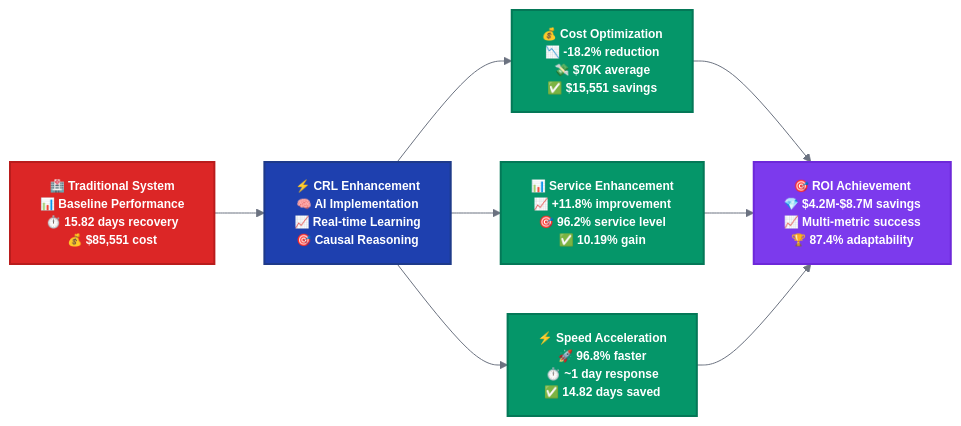
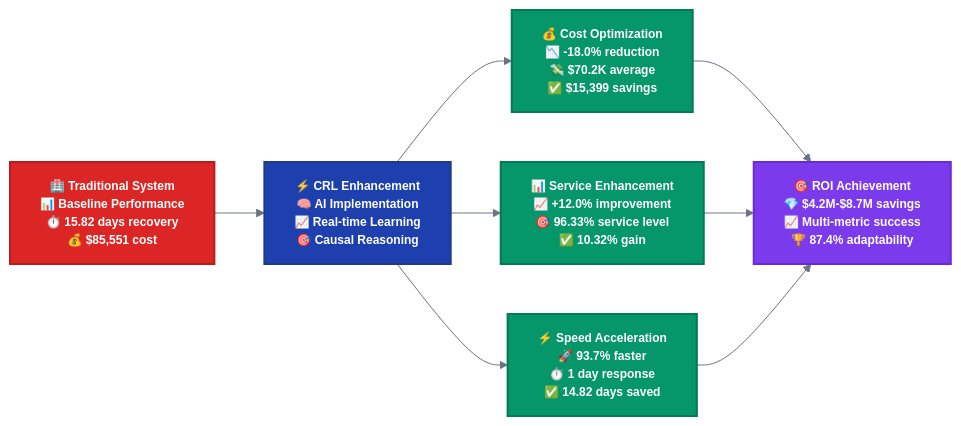
Before and after one commit to abhijit-ubale/JBL_stuff: the fifth of 15 diagrams in README.md, drawn with Mermaid. The commit also changed other lines of this file and 43 other files, not shown here.

````diff
--- a/README.md
+++ b/README.md
@@ -221,39 +221,39 @@
 ```mermaid
 %%{init: {
   'theme': 'base',
   'themeVariables': {
     'primaryColor': '#059669',
     'primaryTextColor': '#FFFFFF',
     'primaryBorderColor': '#047857',
     'lineColor': '#6B7280',
     'secondaryColor': '#DC2626',
     'tertiaryColor': '#F59E0B',
     'background': '#FFFFFF',
     'mainBkg': '#F0FDF4',
     'fontFamily': 'Inter, Arial, sans-serif',
     'fontSize': '12px'
   }
 }}%%
 flowchart LR
     A["🏥 Traditional System<br/>📊 Baseline Performance<br/>⏱️ 15.82 days recovery<br/>💰 $85,551 cost"] --> B["⚡ CRL Enhancement<br/>🧠 AI Implementation<br/>📈 Real-time Learning<br/>🎯 Causal Reasoning"]
     
-    B --> C["💰 Cost Optimization<br/>📉 -18.2% reduction<br/>💸 $70K average<br/>✅ $15,551 savings"]
+    B --> C["💰 Cost Optimization<br/>📉 -18.0% reduction<br/>💸 $70.2K average<br/>✅ $15,399 savings"]
     
-    B --> D["📊 Service Enhancement<br/>📈 +11.8% improvement<br/>🎯 96.2% service level<br/>✅ 10.19% gain"]
+    B --> D["📊 Service Enhancement<br/>📈 +12.0% improvement<br/>🎯 96.33% service level<br/>✅ 10.32% gain"]
     
-    B --> E["⚡ Speed Acceleration<br/>🚀 96.8% faster<br/>⏱️ ~1 day response<br/>✅ 14.82 days saved"]
+    B --> E["⚡ Speed Acceleration<br/>🚀 93.7% faster<br/>⏱️ 1 day response<br/>✅ 14.82 days saved"]
     
     C --> F["🎯 ROI Achievement<br/>💎 $4.2M-$8.7M savings<br/>📈 Multi-metric success<br/>🏆 87.4% adaptability"]
     D --> F
     E --> F
     
     classDef traditional fill:#DC2626,stroke:#B91C1C,stroke-width:2px,color:#FFFFFF,font-weight:bold
     classDef enhancement fill:#1E40AF,stroke:#1E3A8A,stroke-width:2px,color:#FFFFFF,font-weight:bold
     classDef improvements fill:#059669,stroke:#047857,stroke-width:2px,color:#FFFFFF,font-weight:bold
     classDef roi fill:#7C3AED,stroke:#6D28D9,stroke-width:2px,color:#FFFFFF,font-weight:bold
     
     class A traditional
     class B enhancement
     class C,D,E improvements
     class F roi
 ```
````
